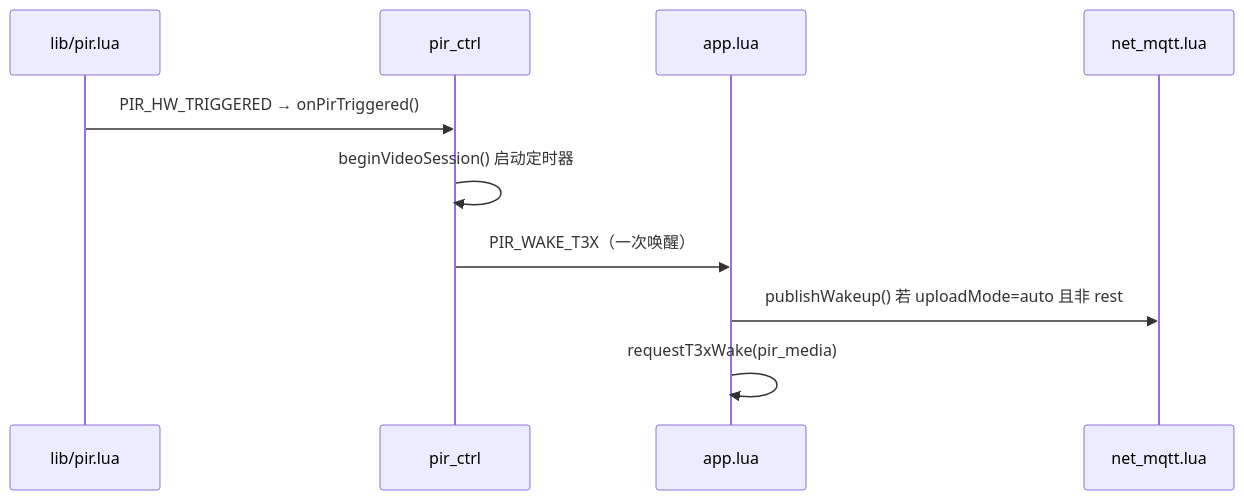
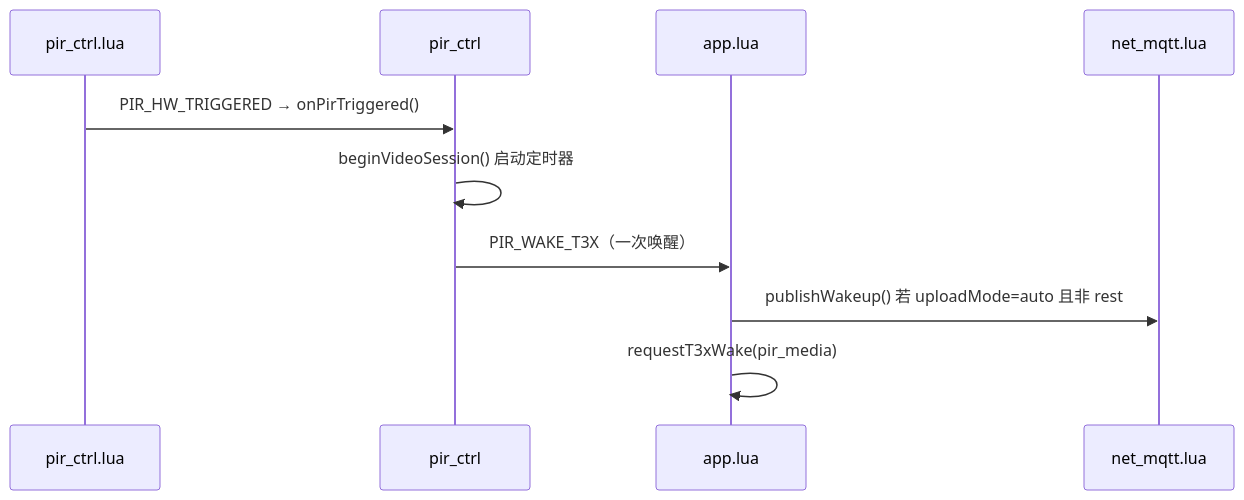
The fourth of 5 diagrams in doc/PIR_PROTOCOL.md (dzr1986/AIR780EHM), drawn with Mermaid before and after one commit. The commit also changed other lines of this file and 80 other files, not shown here.

````diff
--- a/doc/PIR_PROTOCOL.md
+++ b/doc/PIR_PROTOCOL.md
@@ -180,13 +182,13 @@
 ```mermaid
 sequenceDiagram
-    participant PIR as lib/pir.lua
+    participant PIR as pir_ctrl.lua
     participant CFG as pir_ctrl
     participant APP as app.lua
     participant NET as net_mqtt.lua
 
     PIR->>CFG: PIR_HW_TRIGGERED → onPirTriggered()
     CFG->>CFG: beginVideoSession() 启动定时器
     CFG->>APP: PIR_WAKE_T3X（一次唤醒）
     APP->>NET: publishWakeup() 若 uploadMode=auto 且非 rest
     APP->>APP: requestT3xWake(pir_media)
 ```
````
